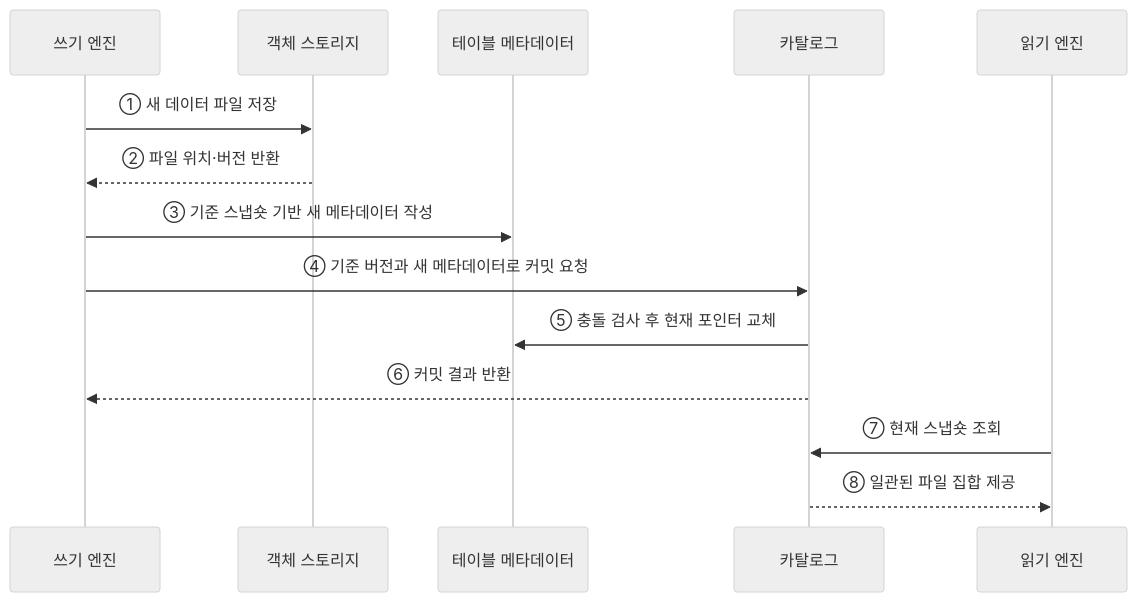
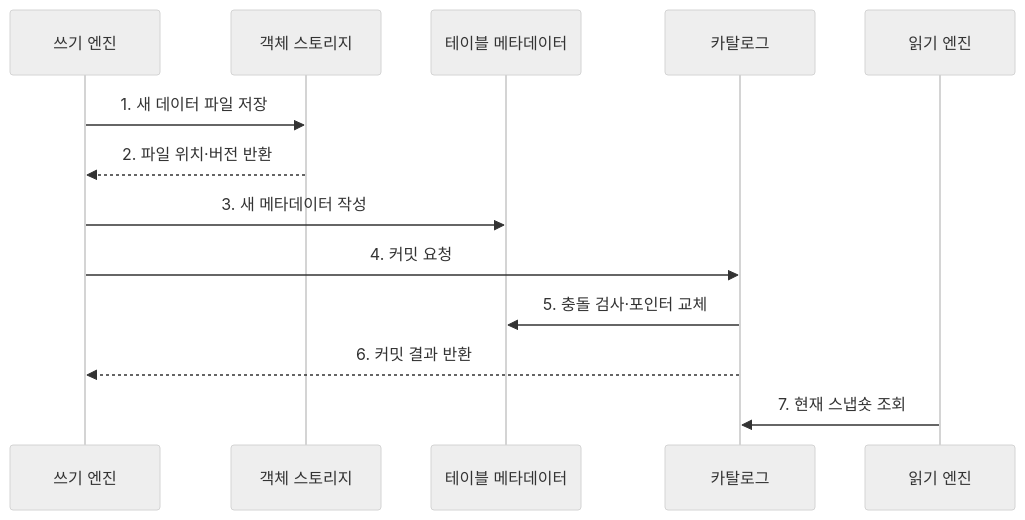
The second of 2 diagrams in src/content/docs/notes/03-software/126_data_lakehouse.md (agnusdei1207/knowledge-base), drawn with Mermaid (neutral theme) before and after one commit. The commit also changed other lines of this file and 20 other files, not shown here.

````diff
--- a/src/content/docs/notes/03-software/126_data_lakehouse.md
+++ b/src/content/docs/notes/03-software/126_data_lakehouse.md
@@ -73,16 +83,15 @@
 ```mermaid
 sequenceDiagram
     participant W as 쓰기 엔진
     participant O as 객체 스토리지
     participant M as 테이블 메타데이터
     participant C as 카탈로그
     participant R as 읽기 엔진
-    W->>O: ① 새 데이터 파일 저장
-    O-->>W: ② 파일 위치·버전 반환
-    W->>M: ③ 기준 스냅숏 기반 새 메타데이터 작성
-    W->>C: ④ 기준 버전과 새 메타데이터로 커밋 요청
-    C->>M: ⑤ 충돌 검사 후 현재 포인터 교체
-    C-->>W: ⑥ 커밋 결과 반환
-    R->>C: ⑦ 현재 스냅숏 조회
-    C-->>R: ⑧ 일관된 파일 집합 제공
+    W->>O: 1. 새 데이터 파일 저장
+    O-->>W: 2. 파일 위치·버전 반환
+    W->>M: 3. 새 메타데이터 작성
+    W->>C: 4. 커밋 요청
+    C->>M: 5. 충돌 검사·포인터 교체
+    C-->>W: 6. 커밋 결과 반환
+    R->>C: 7. 현재 스냅숏 조회
 ```
````
